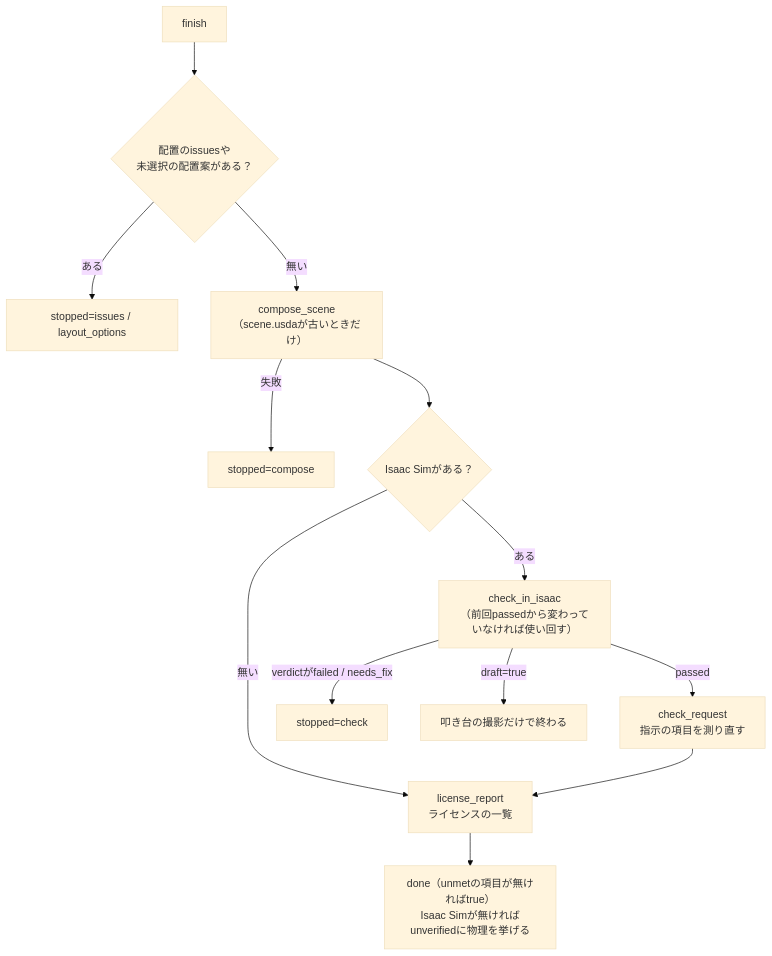
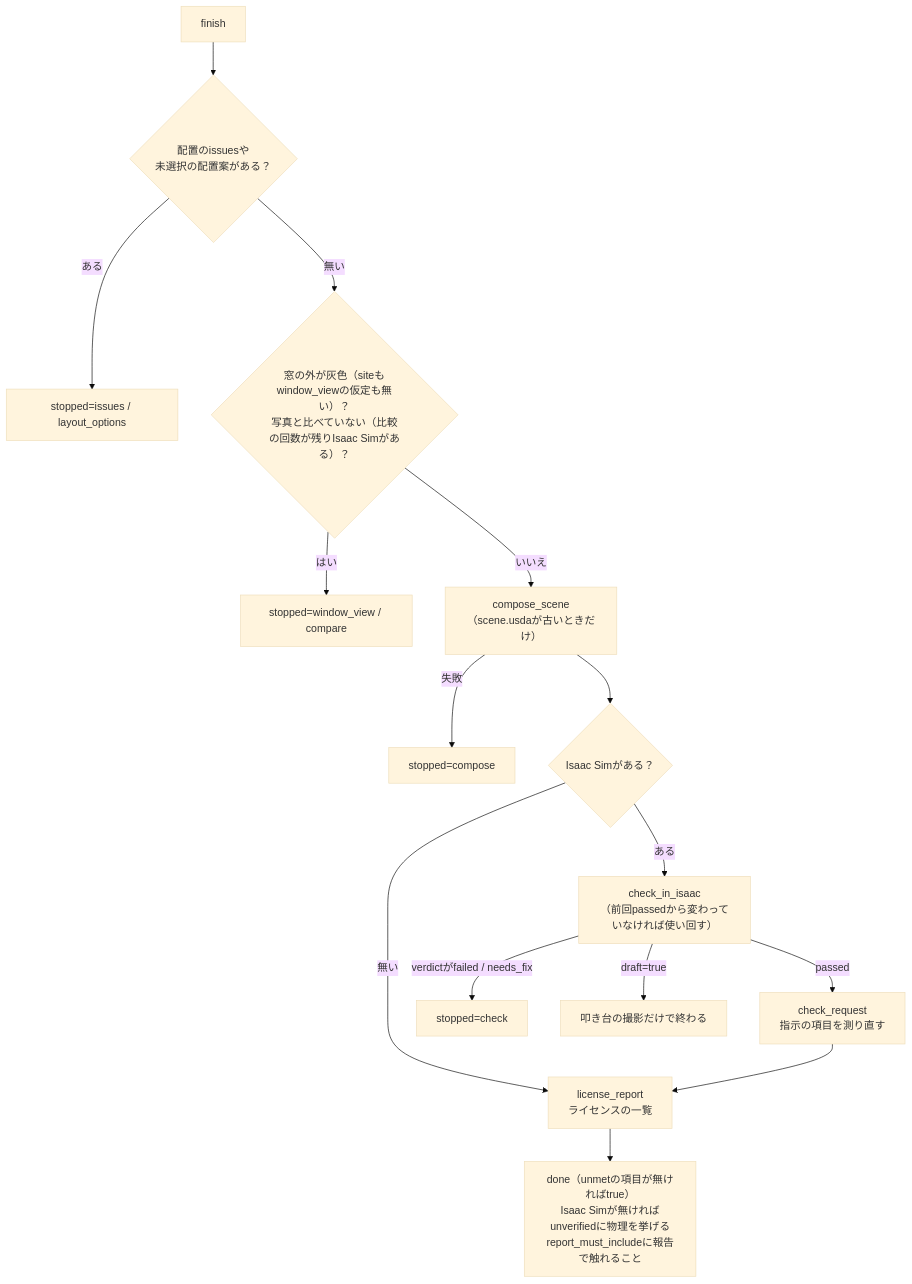
The second of 13 diagrams in docs/architecture.md (atinfinity/agentic-sim-world-gen), drawn with Mermaid (base theme) before and after one commit. The commit also changed other lines of this file and 14 other files, not shown here.

First line of the commit message:
tools: name repeated hints in open_hints, stop finish on windows and the photo compare, list what the report must name

````diff
--- a/docs/architecture.md
+++ b/docs/architecture.md
@@ -89,15 +89,17 @@
 ```mermaid
 flowchart TD
     f["finish"] --> iss{"配置のissuesや<br/>未選択の配置案がある？"}
     iss -->|"ある"| s1["stopped=issues / layout_options"]
-    iss -->|"無い"| comp["compose_scene<br/>（scene.usdaが古いときだけ）"]
+    iss -->|"無い"| gate{"窓の外が灰色（siteもwindow_viewの仮定も無い）？<br/>写真と比べていない（比較の回数が残りIsaac Simがある）？"}
+    gate -->|"はい"| s0["stopped=window_view / compare"]
+    gate -->|"いいえ"| comp["compose_scene<br/>（scene.usdaが古いときだけ）"]
     comp -->|"失敗"| s2["stopped=compose"]
     comp --> isaac{"Isaac Simがある？"}
     isaac -->|"無い"| lic
     isaac -->|"ある"| chk["check_in_isaac<br/>（前回passedから変わっていなければ使い回す）"]
     chk -->|"verdictがfailed / needs_fix"| s3["stopped=check"]
     chk -->|"draft=true"| dr["叩き台の撮影だけで終わる"]
     chk -->|"passed"| req["check_request<br/>指示の項目を測り直す"]
     req --> lic["license_report<br/>ライセンスの一覧"]
-    lic --> done["done（unmetの項目が無ければtrue）<br/>Isaac Simが無ければunverifiedに物理を挙げる"]
+    lic --> done["done（unmetの項目が無ければtrue）<br/>Isaac Simが無ければunverifiedに物理を挙げる<br/>report_must_includeに報告で触れること"]
 ```
````
